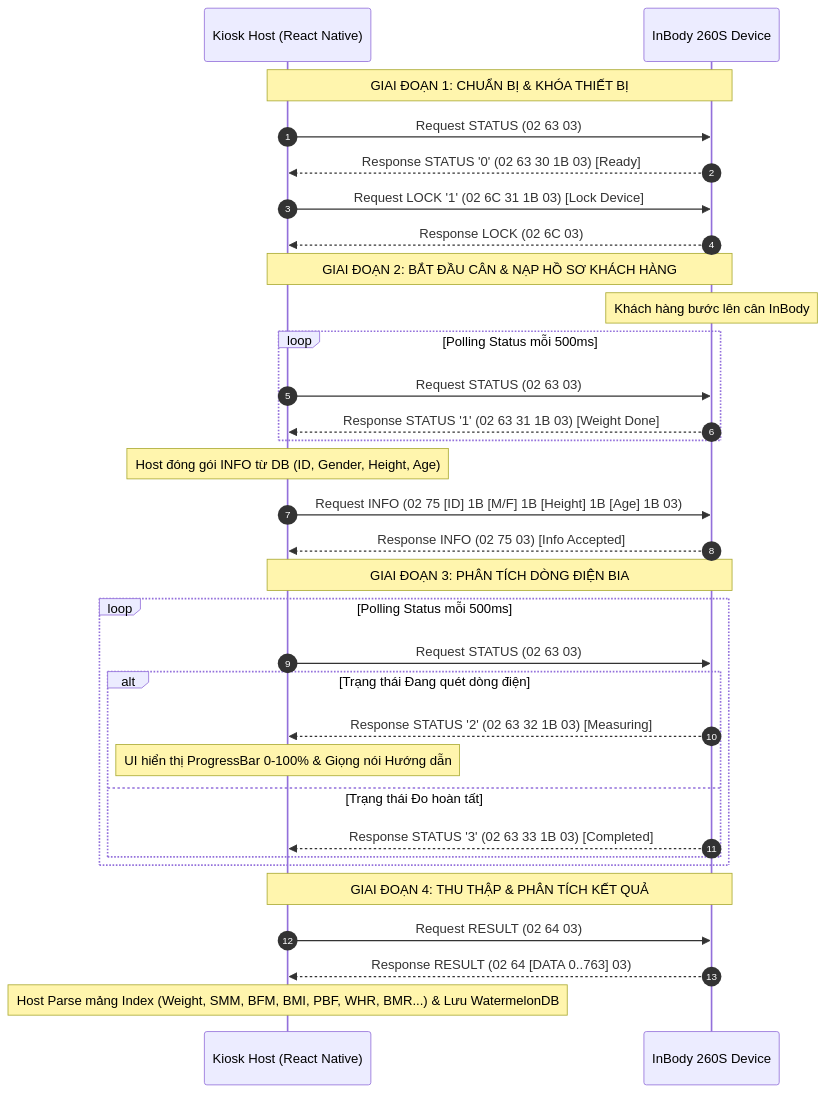
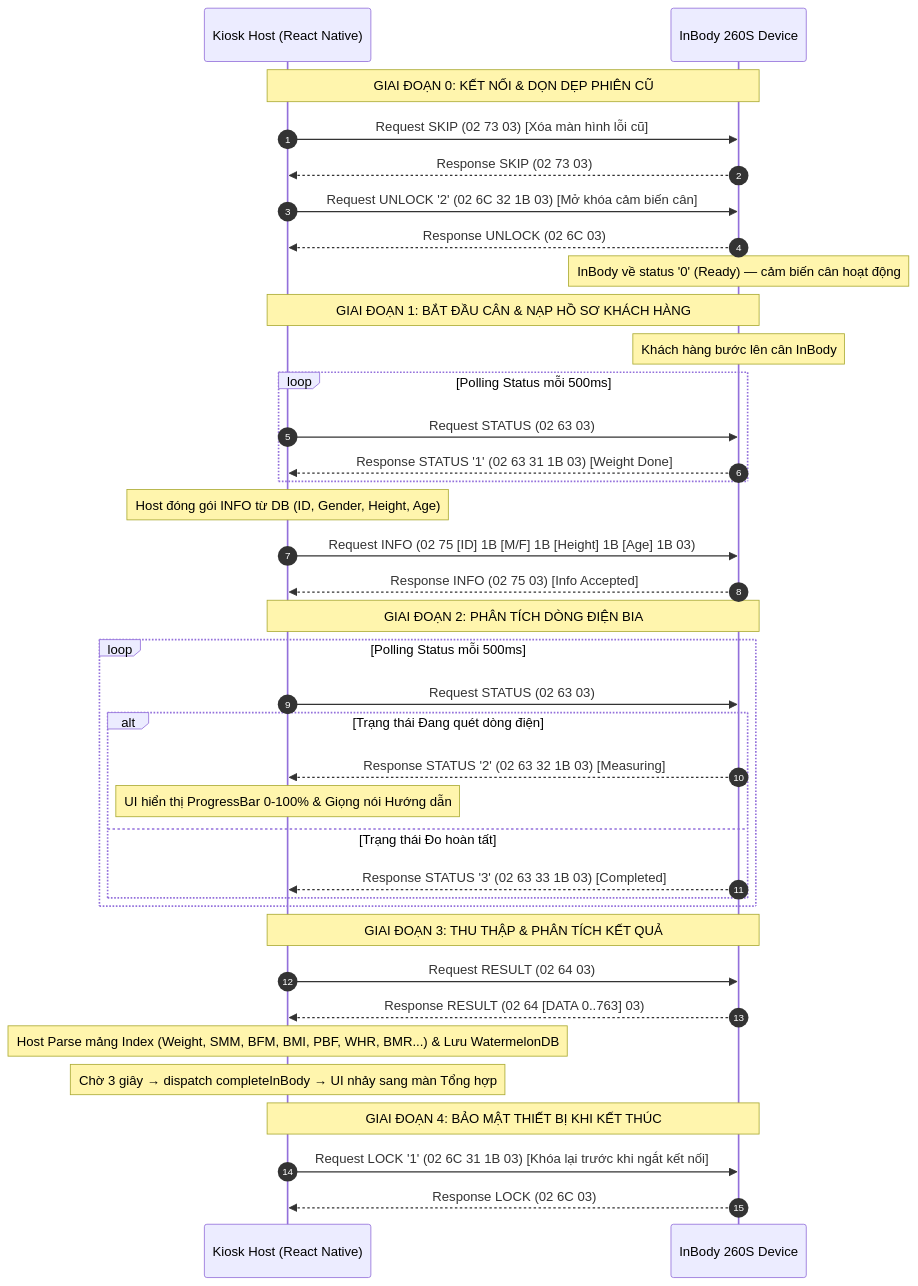
The diagram in docs/hard-ware/inbody260s-open-protocol-spec.md (AdamFakee/promedi), drawn with Mermaid before and after one commit. The commit also changed other lines of this file and 10 other files, not shown here.

First line of the commit message:
fix(measure): auto-transition after BP/InBody + USB Serial + UNLOCK-first

````diff
--- a/docs/hard-ware/inbody260s-open-protocol-spec.md
+++ b/docs/hard-ware/inbody260s-open-protocol-spec.md
@@ -273,38 +273,44 @@
 ```mermaid
 sequenceDiagram
     autonumber
     participant Host as Kiosk Host (React Native)
     participant Dev as InBody 260S Device
 
-    Note over Host, Dev: GIAI ĐOẠN 1: CHUẨN BỊ & KHÓA THIẾT BỊ
-    Host->>Dev: Request STATUS (02 63 03)
-    Dev-->>Host: Response STATUS '0' (02 63 30 1B 03) [Ready]
-    Host->>Dev: Request LOCK '1' (02 6C 31 1B 03) [Lock Device]
-    Dev-->>Host: Response LOCK (02 6C 03)
+    Note over Host, Dev: GIAI ĐOẠN 0: KẾT NỐI & DỌN DẸP PHIÊN CŨ
+    Host->>Dev: Request SKIP (02 73 03) [Xóa màn hình lỗi cũ]
+    Dev-->>Host: Response SKIP (02 73 03)
+    Host->>Dev: Request UNLOCK '2' (02 6C 32 1B 03) [Mở khóa cảm biến cân]
+    Dev-->>Host: Response UNLOCK (02 6C 03)
+    Note over Dev: InBody về status '0' (Ready) — cảm biến cân hoạt động
 
-    Note over Host, Dev: GIAI ĐOẠN 2: BẮT ĐẦU CÂN & NẠP HỒ SƠ KHÁCH HÀNG
+    Note over Host, Dev: GIAI ĐOẠN 1: BẮT ĐẦU CÂN & NẠP HỒ SƠ KHÁCH HÀNG
     Note over Dev: Khách hàng bước lên cân InBody
     loop Polling Status mỗi 500ms
         Host->>Dev: Request STATUS (02 63 03)
         Dev-->>Host: Response STATUS '1' (02 63 31 1B 03) [Weight Done]
     end
     Note over Host: Host đóng gói INFO từ DB (ID, Gender, Height, Age)
     Host->>Dev: Request INFO (02 75 [ID] 1B [M/F] 1B [Height] 1B [Age] 1B 03)
     Dev-->>Host: Response INFO (02 75 03) [Info Accepted]
 
-    Note over Host, Dev: GIAI ĐOẠN 3: PHÂN TÍCH DÒNG ĐIỆN BIA
+    Note over Host, Dev: GIAI ĐOẠN 2: PHÂN TÍCH DÒNG ĐIỆN BIA
     loop Polling Status mỗi 500ms
         Host->>Dev: Request STATUS (02 63 03)
         alt Trạng thái Đang quét dòng điện
             Dev-->>Host: Response STATUS '2' (02 63 32 1B 03) [Measuring]
             Note over Host: UI hiển thị ProgressBar 0-100% & Giọng nói Hướng dẫn
         else Trạng thái Đo hoàn tất
             Dev-->>Host: Response STATUS '3' (02 63 33 1B 03) [Completed]
         end
     end
 
-    Note over Host, Dev: GIAI ĐOẠN 4: THU THẬP & PHÂN TÍCH KẾT QUẢ
+    Note over Host, Dev: GIAI ĐOẠN 3: THU THẬP & PHÂN TÍCH KẾT QUẢ
     Host->>Dev: Request RESULT (02 64 03)
     Dev-->>Host: Response RESULT (02 64 [DATA 0..763] 03)
     Note over Host: Host Parse mảng Index (Weight, SMM, BFM, BMI, PBF, WHR, BMR...) & Lưu WatermelonDB
+    Note over Host: Chờ 3 giây → dispatch completeInBody → UI nhảy sang màn Tổng hợp
+
+    Note over Host, Dev: GIAI ĐOẠN 4: BẢO MẬT THIẾT BỊ KHI KẾT THÚC
+    Host->>Dev: Request LOCK '1' (02 6C 31 1B 03) [Khóa lại trước khi ngắt kết nối]
+    Dev-->>Host: Response LOCK (02 6C 03)
 ```
````
